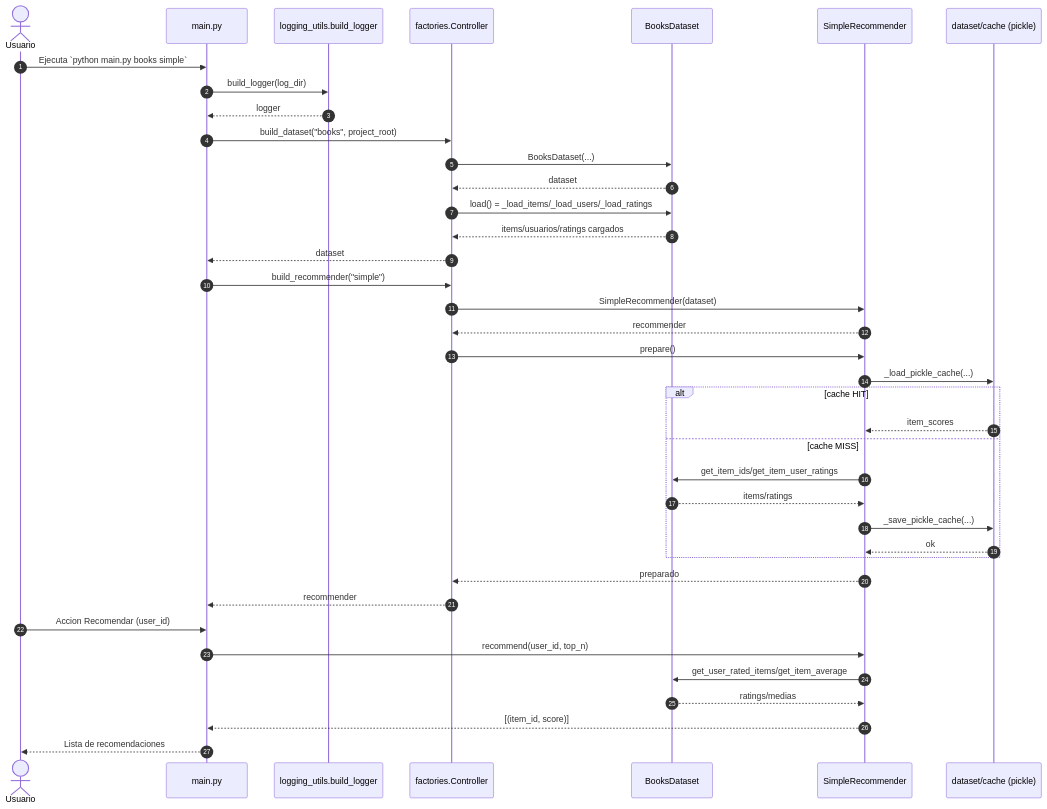
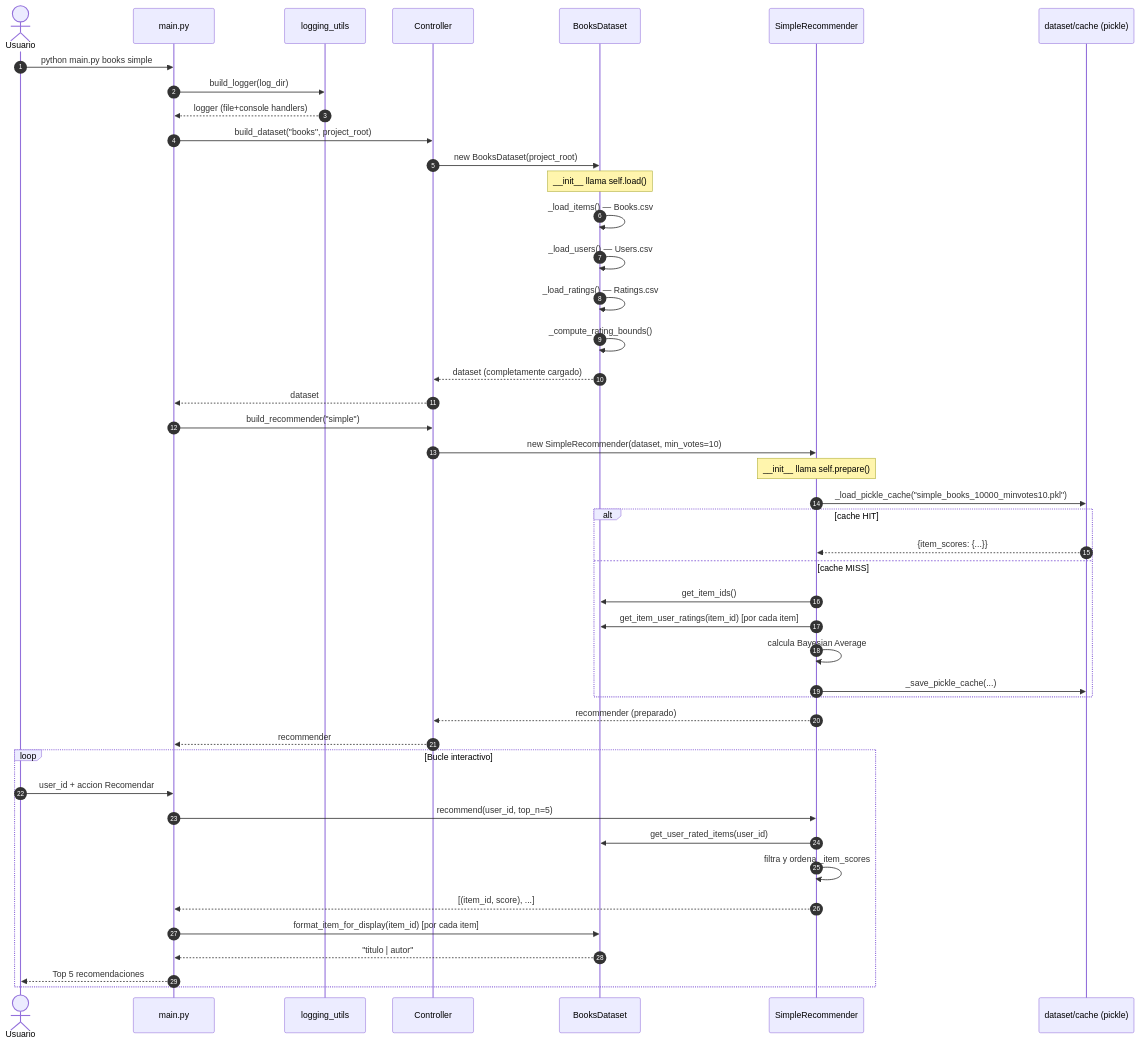
Before and after one commit to Braisfabrega/modular-recommender: the second of 7 diagrams in README.md, drawn with Mermaid. The commit also changed other lines of this file and 8 other files, not shown here.

````diff
--- a/README.md
+++ b/README.md
@@ -170,42 +575,48 @@
 ```mermaid
 sequenceDiagram
   autonumber
   actor Usuario
   participant Main as main.py
-  participant Logger as logging_utils.build_logger
-  participant Controller as factories.Controller
+  participant Logger as logging_utils
+  participant Controller as Controller
   participant Dataset as BooksDataset
   participant Recommender as SimpleRecommender
   participant Cache as dataset/cache (pickle)
 
-  Usuario->>Main: Ejecuta `python main.py books simple`
+  Usuario->>Main: python main.py books simple
   Main->>Logger: build_logger(log_dir)
-  Logger-->>Main: logger
+  Logger-->>Main: logger (file+console handlers)
   Main->>Controller: build_dataset("books", project_root)
-  Controller->>Dataset: BooksDataset(...)
-  Dataset-->>Controller: dataset
-  Controller->>Dataset: load() = _load_items/_load_users/_load_ratings
-  Dataset-->>Controller: items/usuarios/ratings cargados
+  Controller->>Dataset: new BooksDataset(project_root)
+  Note over Dataset: __init__ llama self.load()
+  Dataset->>Dataset: _load_items() — Books.csv
+  Dataset->>Dataset: _load_users() — Users.csv
+  Dataset->>Dataset: _load_ratings() — Ratings.csv
+  Dataset->>Dataset: _compute_rating_bounds()
+  Dataset-->>Controller: dataset (completamente cargado)
   Controller-->>Main: dataset
   Main->>Controller: build_recommender("simple")
-  Controller->>Recommender: SimpleRecommender(dataset)
-  Recommender-->>Controller: recommender
-  Controller->>Recommender: prepare()
-  Recommender->>Cache: _load_pickle_cache(...)
+  Controller->>Recommender: new SimpleRecommender(dataset, min_votes=10)
+  Note over Recommender: __init__ llama self.prepare()
+  Recommender->>Cache: _load_pickle_cache("simple_books_10000_minvotes10.pkl")
   alt cache HIT
-    Cache-->>Recommender: item_scores
+    Cache-->>Recommender: {item_scores: {...}}
   else cache MISS
-    Recommender->>Dataset: get_item_ids/get_item_user_ratings
-    Dataset-->>Recommender: items/ratings
+    Recommender->>Dataset: get_item_ids()
+    Recommender->>Dataset: get_item_user_ratings(item_id) [por cada item]
+    Recommender->>Recommender: calcula Bayesian Average
     Recommender->>Cache: _save_pickle_cache(...)
-    Cache-->>Recommender: ok
   end
-  Recommender-->>Controller: preparado
+  Recommender-->>Controller: recommender (preparado)
   Controller-->>Main: recommender
-  Usuario->>Main: Accion Recomendar (user_id)
-  Main->>Recommender: recommend(user_id, top_n)
-  Recommender->>Dataset: get_user_rated_items/get_item_average
-  Dataset-->>Recommender: ratings/medias
-  Recommender-->>Main: [(item_id, score)]
-  Main-->>Usuario: Lista de recomendaciones
+  loop Bucle interactivo
+    Usuario->>Main: user_id + accion Recomendar
+    Main->>Recommender: recommend(user_id, top_n=5)
+    Recommender->>Dataset: get_user_rated_items(user_id)
+    Recommender->>Recommender: filtra y ordena _item_scores
+    Recommender-->>Main: [(item_id, score), ...]
+    Main->>Dataset: format_item_for_display(item_id) [por cada item]
+    Dataset-->>Main: "titulo | autor"
+    Main-->>Usuario: Top 5 recomendaciones
+  end
 ```
````
